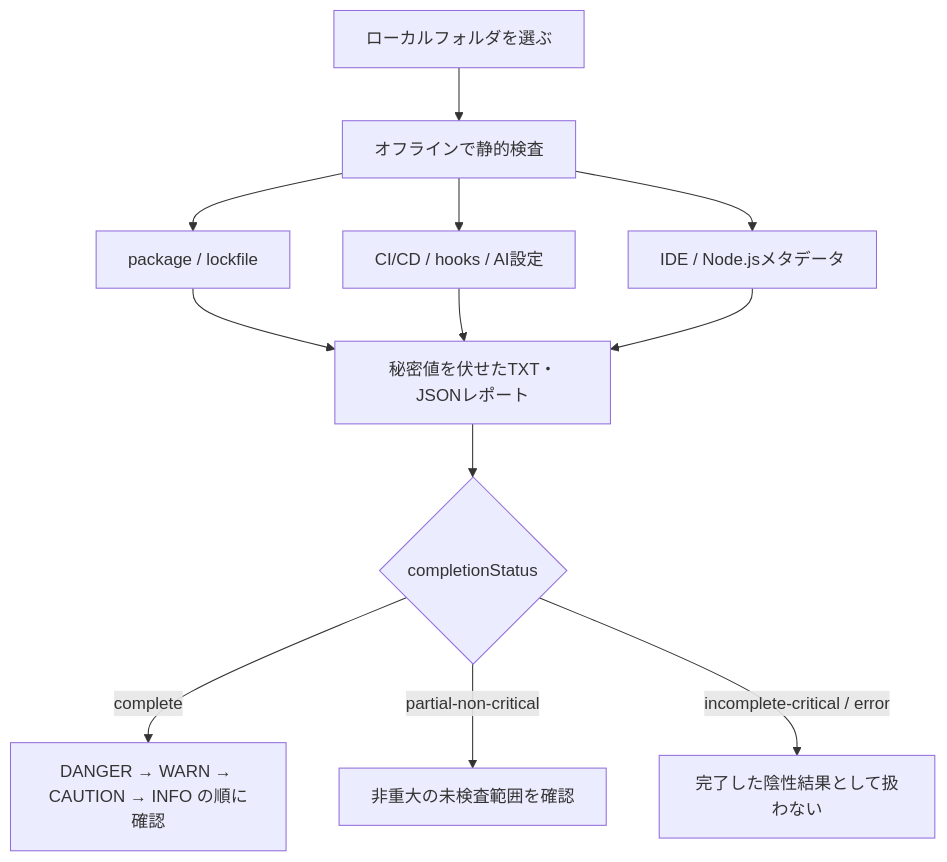
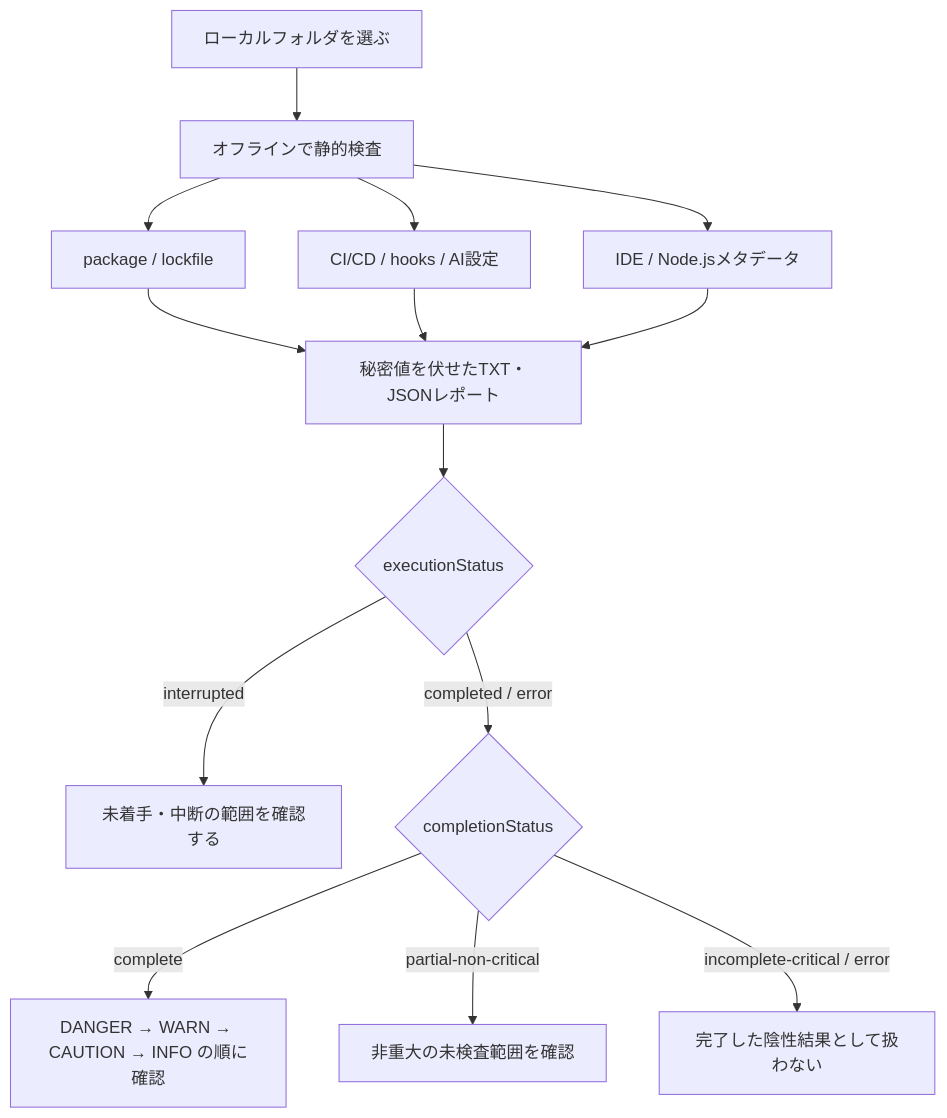
The diagram in docs/visual-user-manual-ja.md (Daiki9801/dev-supplychain-checker), drawn with Mermaid before and after one commit. The commit also changed other lines of this file and 32 other files, not shown here.

````diff
--- a/docs/visual-user-manual-ja.md
+++ b/docs/visual-user-manual-ja.md
@@ -16,14 +26,16 @@
 ```mermaid
 flowchart TD
     A["ローカルフォルダを選ぶ"] --> B["オフラインで静的検査"]
     B --> C["package / lockfile"]
     B --> D["CI/CD / hooks / AI設定"]
     B --> E["IDE / Node.jsメタデータ"]
     C --> F["秘密値を伏せたTXT・JSONレポート"]
     D --> F
     E --> F
-    F --> G{"completionStatus"}
+    F --> X{"executionStatus"}
+    X -->|interrupted| K["未着手・中断の範囲を確認する"]
+    X -->|completed / error| G{"completionStatus"}
     G -->|complete| H["DANGER → WARN → CAUTION → INFO の順に確認"]
     G -->|partial-non-critical| I["非重大の未検査範囲を確認"]
     G -->|incomplete-critical / error| J["完了した陰性結果として扱わない"]
 ```
````
